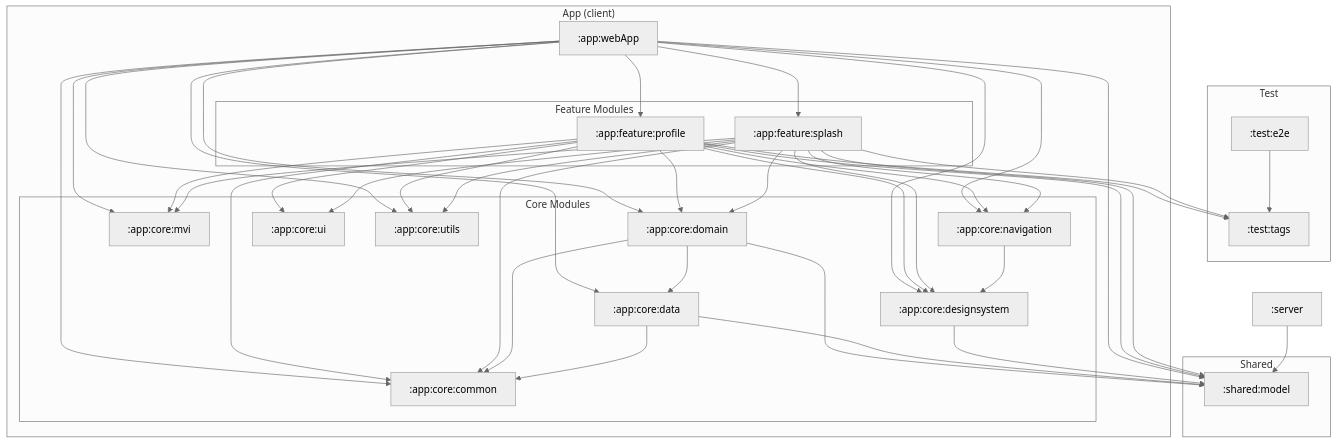
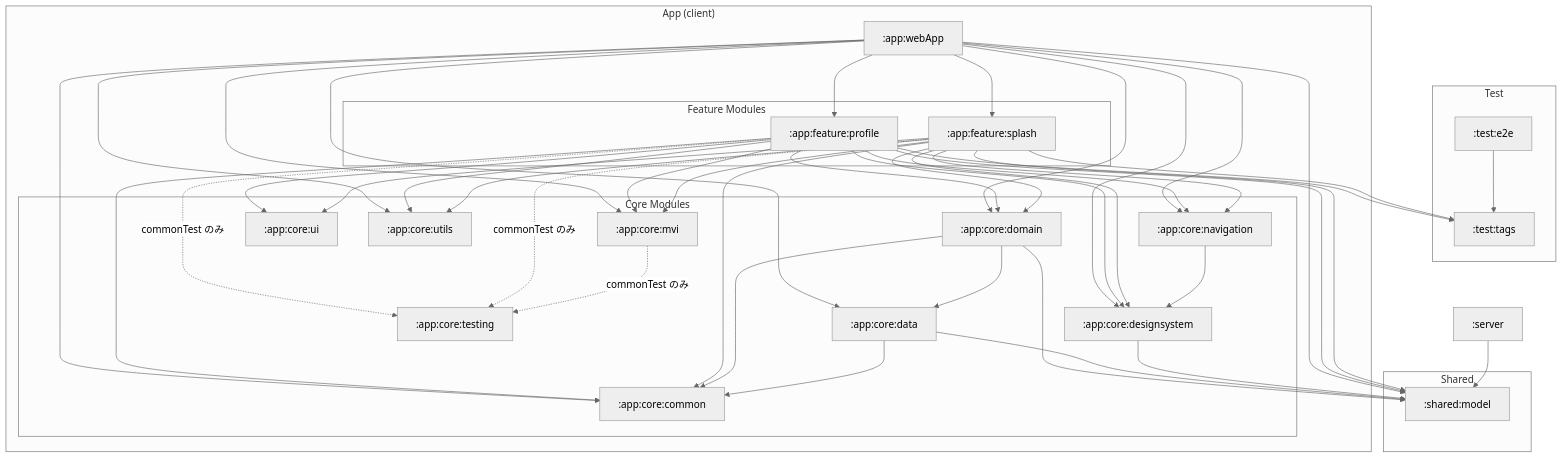
The diagram in docs/ModuleOverview.md (kei-1111/kei-1111.github.io), drawn with Mermaid (neutral theme) before and after one commit. The commit also changed 5 other files, not shown here.

````diff
--- a/docs/ModuleOverview.md
+++ b/docs/ModuleOverview.md
@@ -11,47 +11,49 @@
 ```mermaid
 flowchart TB
     subgraph "Shared"
         model[":shared:model"]
     end
 
     subgraph "Test"
         testTags[":test:tags"]
         testE2e[":test:e2e"]
     end
 
     server[":server"]
 
     subgraph "App (client)"
         webApp[":app:webApp"]
 
         subgraph "Feature Modules"
             profile[":app:feature:profile"]
             splash[":app:feature:splash"]
         end
 
         subgraph "Core Modules"
             domain[":app:core:domain"]
             data[":app:core:data"]
             designsystem[":app:core:designsystem"]
             mvi[":app:core:mvi"]
             navigation[":app:core:navigation"]
+            testing[":app:core:testing"]
             ui[":app:core:ui"]
             common[":app:core:common"]
             utils[":app:core:utils"]
         end
     end
 
     webApp --> profile & splash
     webApp --> common & data & designsystem & domain & mvi & navigation & utils & model
 
     profile & splash --> common & designsystem & domain & mvi & navigation & ui & utils & model & testTags
+    profile & splash & mvi -. commonTest のみ .-> testing
 
     domain --> common & data & model
     data --> common & model
     navigation --> designsystem
     designsystem --> model
 
     server --> model
 
     testE2e --> testTags
 ```
````
